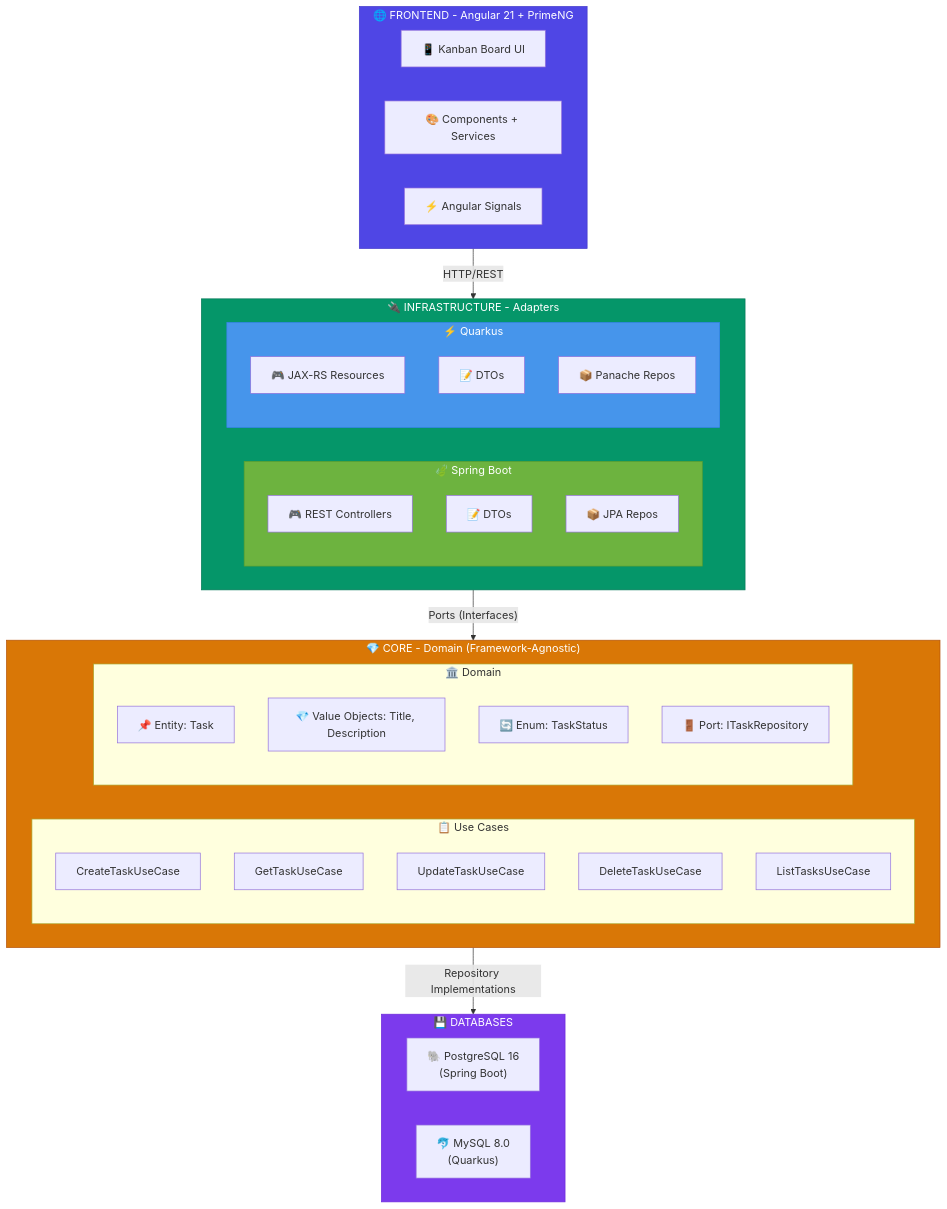
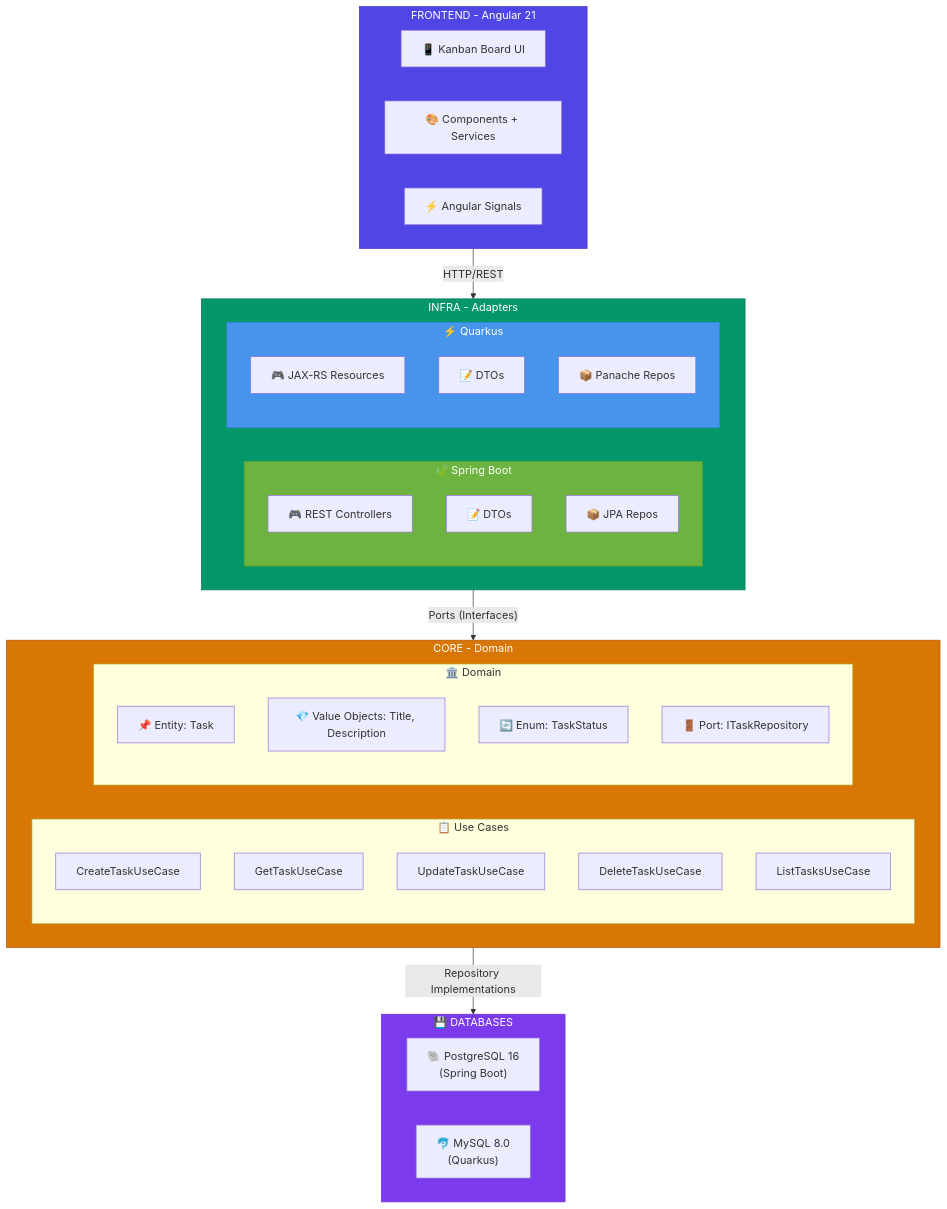
The fourth of 6 diagrams in README.md (victordemello/to-do-app-clean-architecture), drawn with Mermaid before and after one commit. The commit also changed other lines of this file, not shown here.

Commit message:
Simplify subgraph labels in README.md

````diff
--- a/README.md
+++ b/README.md
@@ -812,57 +812,57 @@
 ```mermaid
 flowchart TB
-    subgraph FRONTEND["🌐 FRONTEND - Angular 21 + PrimeNG"]
+    subgraph FRONTEND["FRONTEND - Angular 21"]
         direction LR
         UI["📱 Kanban Board UI"]
         COMP["🎨 Components + Services"]
         SIG["⚡ Angular Signals"]
     end
 
-    subgraph INFRA["🔌 INFRASTRUCTURE - Adapters"]
+    subgraph INFRA["INFRA - Adapters"]
         direction LR
         subgraph SPRING["🍃 Spring Boot"]
             SC["🎮 REST Controllers"]
             SD["📝 DTOs"]
             SR["📦 JPA Repos"]
         end
         subgraph QUARKUS["⚡ Quarkus"]
             QR["🎮 JAX-RS Resources"]
             QD["📝 DTOs"]
             QP["📦 Panache Repos"]
         end
     end
 
-    subgraph CORE["💎 CORE - Domain (Framework-Agnostic)"]
+    subgraph CORE["CORE - Domain"]
         direction LR
         subgraph USECASES["📋 Use Cases"]
             UC1["CreateTaskUseCase"]
             UC2["GetTaskUseCase"]
             UC3["UpdateTaskUseCase"]
             UC4["DeleteTaskUseCase"]
             UC5["ListTasksUseCase"]
         end
         subgraph DOMAIN["🏛️ Domain"]
             ENT["📌 Entity: Task"]
             VO["💎 Value Objects: Title, Description"]
             ENUM["🔄 Enum: TaskStatus"]
             PORT["🚪 Port: ITaskRepository"]
         end
     end
 
     subgraph DB["💾 DATABASES"]
         direction LR
         PG["🐘 PostgreSQL 16<br/>(Spring Boot)"]
         MY["🐬 MySQL 8.0<br/>(Quarkus)"]
     end
 
     FRONTEND -->|"HTTP/REST"| INFRA
     INFRA -->|"Ports (Interfaces)"| CORE
     CORE -->|"Repository Implementations"| DB
 
     style FRONTEND fill:#4f46e5,stroke:#4338ca,color:#fff
     style INFRA fill:#059669,stroke:#047857,color:#fff
     style CORE fill:#d97706,stroke:#b45309,color:#fff
     style DB fill:#7c3aed,stroke:#6d28d9,color:#fff
     style SPRING fill:#6db33f,stroke:#5a9e2f,color:#fff
     style QUARKUS fill:#4695eb,stroke:#3b82f6,color:#fff
 ```
````
